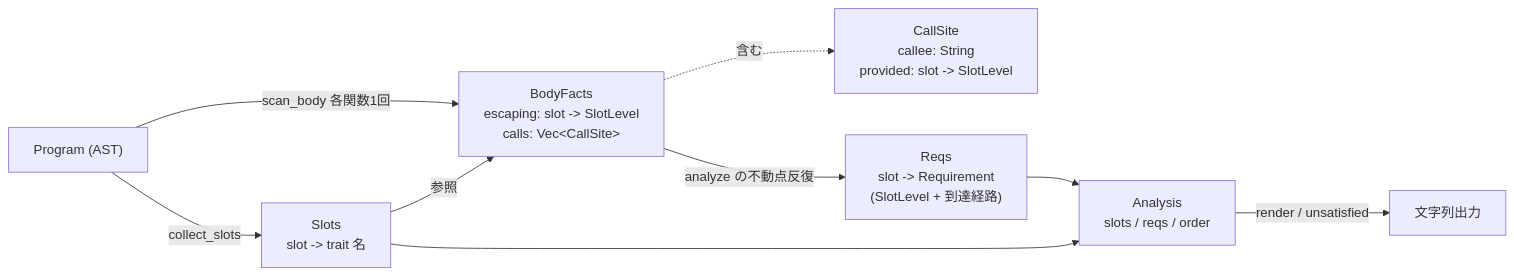
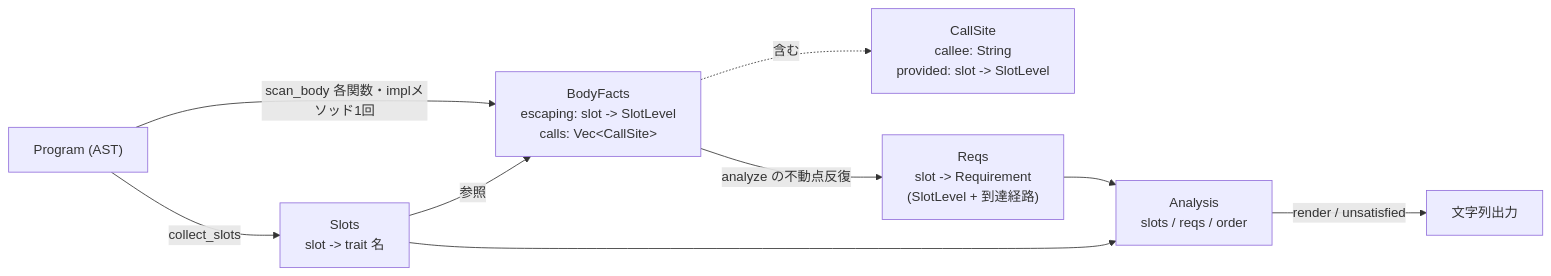
The second of 2 diagrams in docs/requirement-map.md (mikan-919/rhodolite), drawn with Mermaid before and after one commit. The commit also changed other lines of this file and 4 other files, not shown here.

````diff
--- a/docs/requirement-map.md
+++ b/docs/requirement-map.md
@@ -57,19 +57,19 @@
 ```mermaid
 flowchart LR
     P["Program (AST)"]
     S["Slots<br/>slot -> trait 名"]
     BF["BodyFacts<br/>escaping: slot -> SlotLevel<br/>calls: Vec&lt;CallSite&gt;"]
     CS["CallSite<br/>callee: String<br/>provided: slot -> SlotLevel"]
     R["Reqs<br/>slot -> Requirement<br/>(SlotLevel + 到達経路)"]
     A["Analysis<br/>slots / reqs / order"]
     OUT["文字列出力"]
 
     P -->|collect_slots| S
-    P -->|scan_body 各関数1回| BF
+    P -->|scan_body 各関数・implメソッド1回| BF
     BF -.含む.-> CS
     S -->|参照| BF
     BF -->|analyze の不動点反復| R
     R --> A
     S --> A
     A -->|render / unsatisfied| OUT
 ```
````
